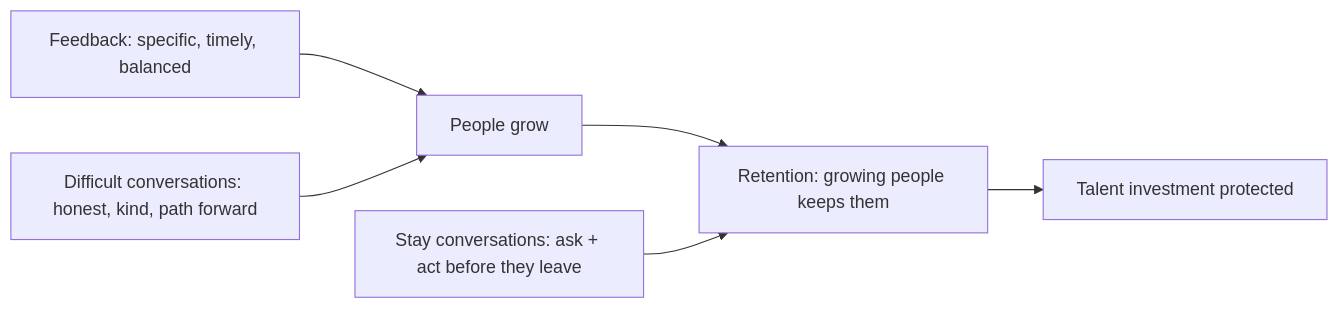
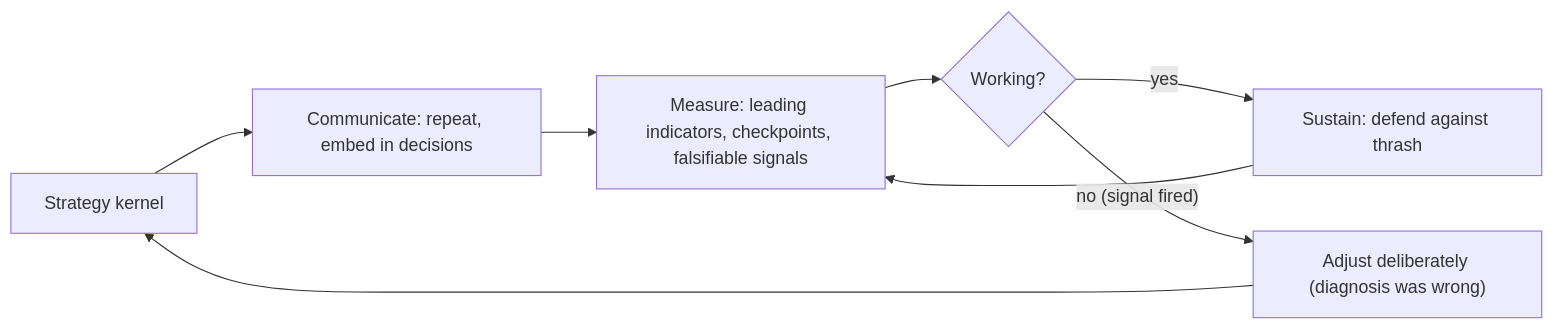
The first of 2 diagrams in handbook/chapters/part-89-07-worked-example-and-takeaways.md (Praveen7j7/developerMaterial), drawn with Mermaid before and after one commit. The commit also changed other lines of this file and 1263 other files, not shown here.

````diff
--- a/handbook/chapters/part-89-07-worked-example-and-takeaways.md
+++ b/handbook/chapters/part-89-07-worked-example-and-takeaways.md
@@ -135,8 +163,10 @@
 ```mermaid
 flowchart LR
-    FB["Feedback: specific, timely, balanced"] --> GROW["People grow"]
-    DC["Difficult conversations: honest, kind, path forward"] --> GROW
-    GROW --> RET["Retention: growing people keeps them"]
-    STAY["Stay conversations: ask + act before they leave"] --> RET
-    RET --> INVEST["Talent investment protected"]
+    S["Strategy kernel"] --> C["Communicate: repeat, embed in decisions"]
+    C --> M["Measure: leading indicators, checkpoints, falsifiable signals"]
+    M --> R{"Working?"}
+    R -->|"yes"| SUS["Sustain: defend against thrash"]
+    R -->|"no (signal fired)"| ADJ["Adjust deliberately (diagnosis was wrong)"]
+    SUS --> M
+    ADJ --> S
 ```
````
